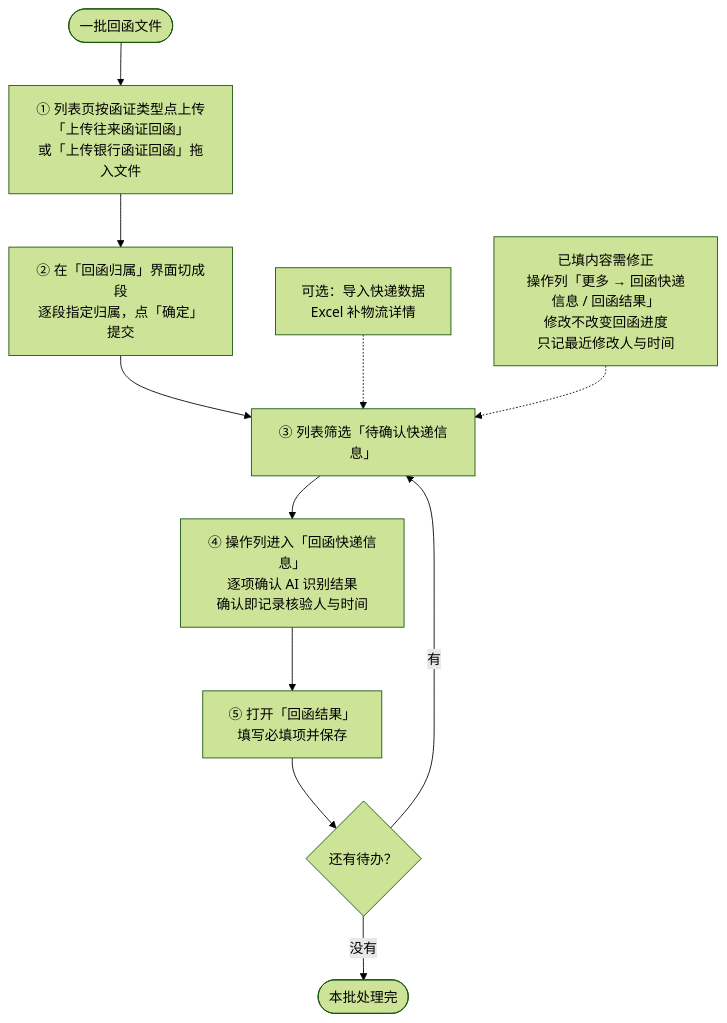
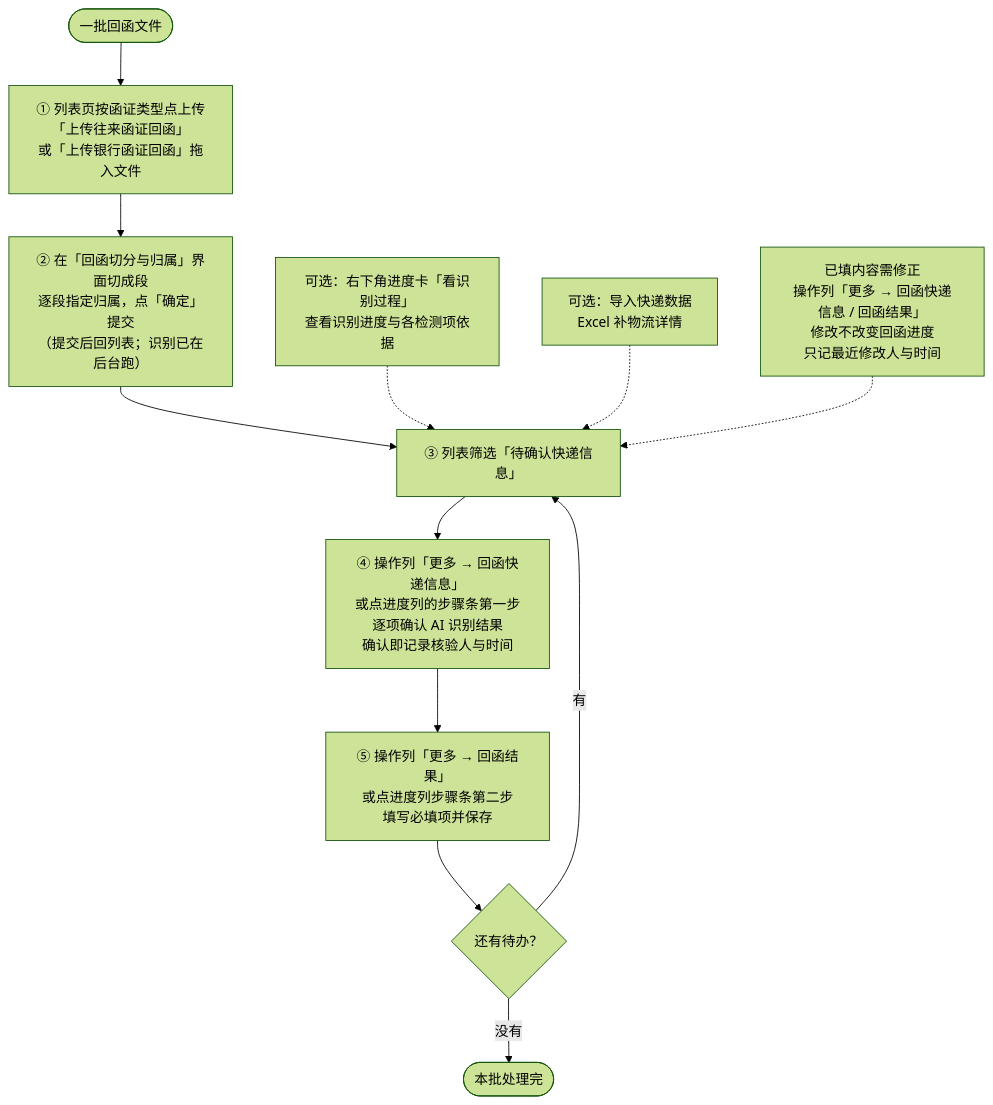
Before and after one commit to ADdongdong/01_Smart-Reply-Management: the fourth of 4 diagrams in docs/figures/word_figures.md, drawn with Mermaid (forest theme). The commit also changed other lines of this file and 52 other files, not shown here.

````diff
--- a/docs/figures/word_figures.md
+++ b/docs/figures/word_figures.md
@@ -99,13 +114,14 @@
 ```mermaid
 flowchart TB
     START(["一批回函文件"]) --> OP1["① 列表页按函证类型点上传<br/>「上传往来函证回函」<br/>或「上传银行函证回函」拖入文件"]
-    OP1 --> OP2["② 在「回函归属」界面切成段<br/>逐段指定归属，点「确定」提交"]
+    OP1 --> OP2["② 在「回函切分与归属」界面切成段<br/>逐段指定归属，点「确定」提交<br/>（提交后回列表；识别已在后台跑）"]
     OP2 --> OP3["③ 列表筛选「待确认快递信息」"]
-    OP3 --> OP4["④ 操作列进入「回函快递信息」<br/>逐项确认 AI 识别结果<br/>确认即记录核验人与时间"]
-    OP4 --> OP5["⑤ 打开「回函结果」<br/>填写必填项并保存"]
+    OP3 --> OP4["④ 操作列「更多 → 回函快递信息」<br/>或点进度列的步骤条第一步<br/>逐项确认 AI 识别结果<br/>确认即记录核验人与时间"]
+    OP4 --> OP5["⑤ 操作列「更多 → 回函结果」<br/>或点进度列步骤条第二步<br/>填写必填项并保存"]
     OP5 --> OP6{"还有待办？"}
     OP6 -->|"有"| OP3
     OP6 -->|"没有"| DONE(["本批处理完"])
+    LOOK["可选：右下角进度卡「看识别过程」<br/>查看识别进度与各检测项依据"] -.-> OP3
     OPX["可选：导入快递数据<br/>Excel 补物流详情"] -.-> OP3
     FIX["已填内容需修正<br/>操作列「更多 → 回函快递信息 / 回函结果」<br/>修改不改变回函进度<br/>只记最近修改人与时间"] -.-> OP3
 ```
````
